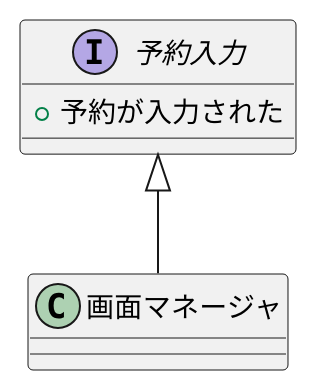
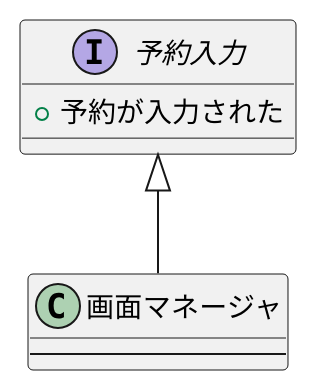
Before and after one commit to Kuya0307/unl-introduction: the diagram in 例題3-1_予約入力インターフェース.pu, drawn with PlantUML.

Commit message:
例題3-1を提出

```diff
--- a/例題3-1_予約入力インターフェース.pu
+++ b/例題3-1_予約入力インターフェース.pu
@@ -1,9 +1,9 @@
 @startuml
 interface 予約入力 {
     + 予約が入力された
 }
 class 画面マネージャ{
-
+    ---
 }
 予約入力 <|-- 画面マネージャ
 @enduml
```
